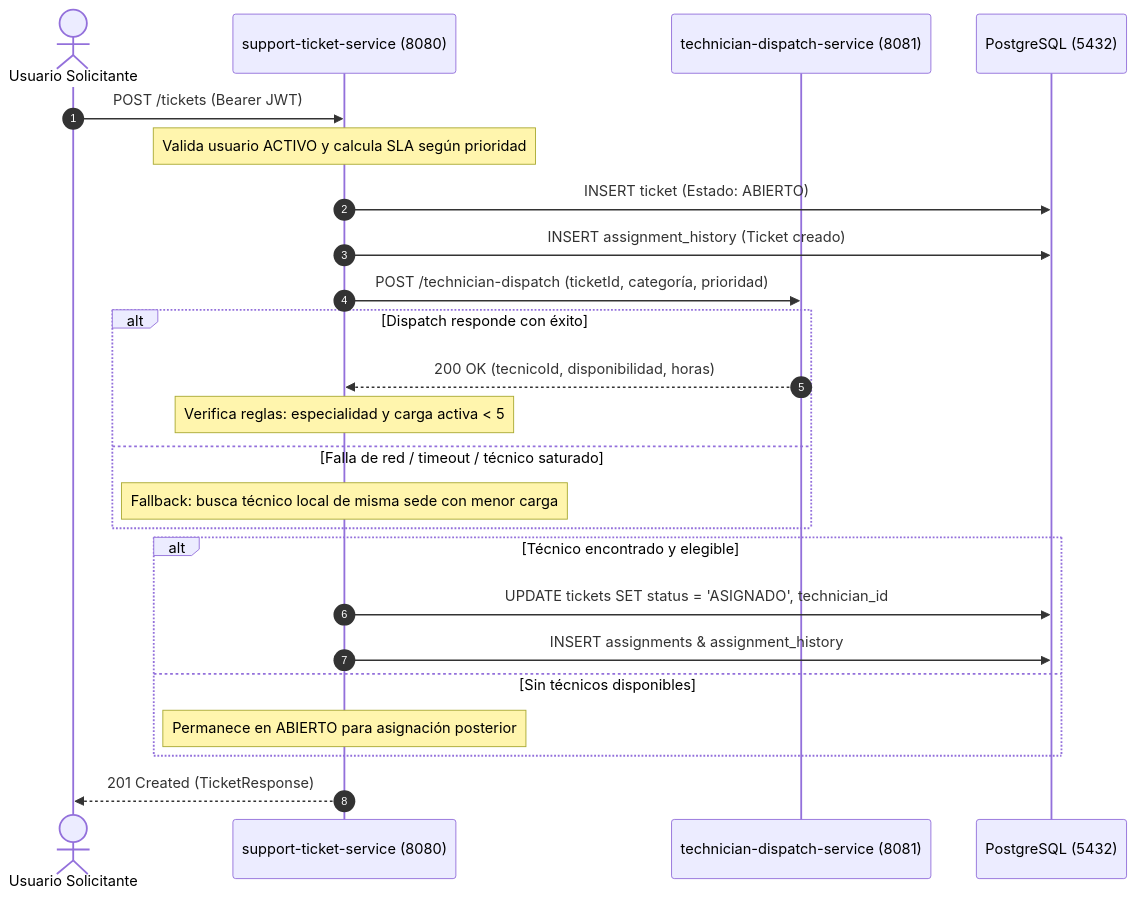
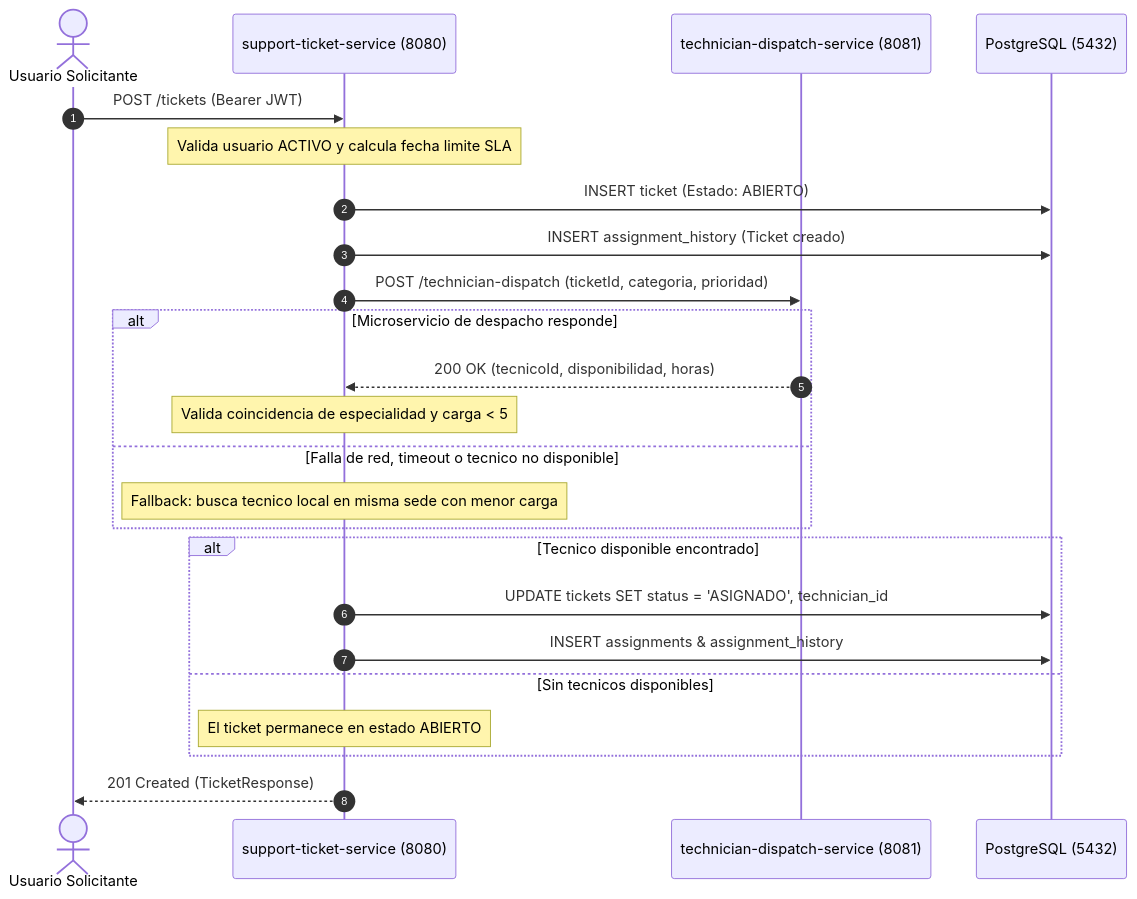
One commit to JuanGale-20/HelpFlow changed the second of 3 diagrams in README.md. Above: the diagram before and after it, drawn with Mermaid. The commit also changed other lines of this file and 1 other file, not shown here.

````diff
--- a/README.md
+++ b/README.md
@@ -112,30 +133,30 @@
 ```mermaid
 sequenceDiagram
     autonumber
     actor Usuario as Usuario Solicitante
     participant Core as support-ticket-service (8080)
     participant Dispatch as technician-dispatch-service (8081)
     participant DB as PostgreSQL (5432)
 
     Usuario->>Core: POST /tickets (Bearer JWT)
-    Note over Core: Valida usuario ACTIVO y calcula SLA según prioridad
+    Note over Core: Valida usuario ACTIVO y calcula fecha limite SLA
     Core->>DB: INSERT ticket (Estado: ABIERTO)
     Core->>DB: INSERT assignment_history (Ticket creado)
 
-    Core->>Dispatch: POST /technician-dispatch (ticketId, categoría, prioridad)
-    alt Dispatch responde con éxito
+    Core->>Dispatch: POST /technician-dispatch (ticketId, categoria, prioridad)
+    alt Microservicio de despacho responde
         Dispatch-->>Core: 200 OK (tecnicoId, disponibilidad, horas)
-        Note over Core: Verifica reglas: especialidad y carga activa < 5
-    else Falla de red / timeout / técnico saturado
-        Note over Core: Fallback: busca técnico local de misma sede con menor carga
+        Note over Core: Valida coincidencia de especialidad y carga < 5
+    else Falla de red, timeout o tecnico no disponible
+        Note over Core: Fallback: busca tecnico local en misma sede con menor carga
     end
 
-    alt Técnico encontrado y elegible
+    alt Tecnico disponible encontrado
         Core->>DB: UPDATE tickets SET status = 'ASIGNADO', technician_id
         Core->>DB: INSERT assignments & assignment_history
-    else Sin técnicos disponibles
-        Note over Core: Permanece en ABIERTO para asignación posterior
+    else Sin tecnicos disponibles
+        Note over Core: El ticket permanece en estado ABIERTO
     end
 
     Core-->>Usuario: 201 Created (TicketResponse)
 ```
````
